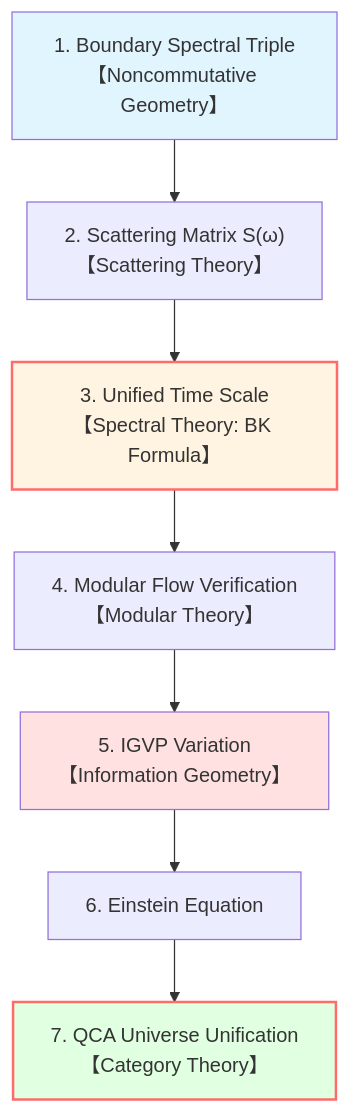
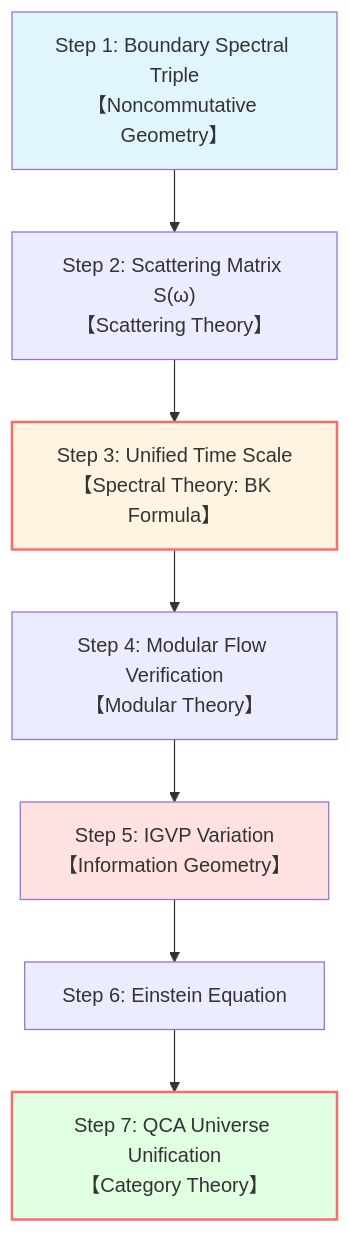
Before and after one commit to loning/zeckendorf-hilbert: the second of 3 diagrams in docs/euler-article/gls-union/03-mathematical-tools/07-tools-summary_en.md, drawn with Mermaid. The commit also changed 26 other files, not shown here.

````diff
--- a/docs/euler-article/gls-union/03-mathematical-tools/07-tools-summary_en.md
+++ b/docs/euler-article/gls-union/03-mathematical-tools/07-tools-summary_en.md
@@ -180,14 +180,14 @@
 ```mermaid
 graph TB
-    S1["1. Boundary Spectral Triple<br/>【Noncommutative Geometry】"] --> S2["2. Scattering Matrix S(ω)<br/>【Scattering Theory】"]
-    S2 --> S3["3. Unified Time Scale<br/>【Spectral Theory: BK Formula】"]
-    S3 --> S4["4. Modular Flow Verification<br/>【Modular Theory】"]
-    S4 --> S5["5. IGVP Variation<br/>【Information Geometry】"]
-    S5 --> S6["6. Einstein Equation"]
-    S6 --> S7["7. QCA Universe Unification<br/>【Category Theory】"]
+    S1["Step 1: Boundary Spectral Triple<br/>【Noncommutative Geometry】"] --> S2["Step 2: Scattering Matrix S(ω)<br/>【Scattering Theory】"]
+    S2 --> S3["Step 3: Unified Time Scale<br/>【Spectral Theory: BK Formula】"]
+    S3 --> S4["Step 4: Modular Flow Verification<br/>【Modular Theory】"]
+    S4 --> S5["Step 5: IGVP Variation<br/>【Information Geometry】"]
+    S5 --> S6["Step 6: Einstein Equation"]
+    S6 --> S7["Step 7: QCA Universe Unification<br/>【Category Theory】"]
 
     style S1 fill:#e1f5ff
     style S3 fill:#fff4e1,stroke:#ff6b6b,stroke-width:2px
     style S5 fill:#ffe1e1
     style S7 fill:#e1ffe1,stroke:#ff6b6b,stroke-width:2px
 ```
````
